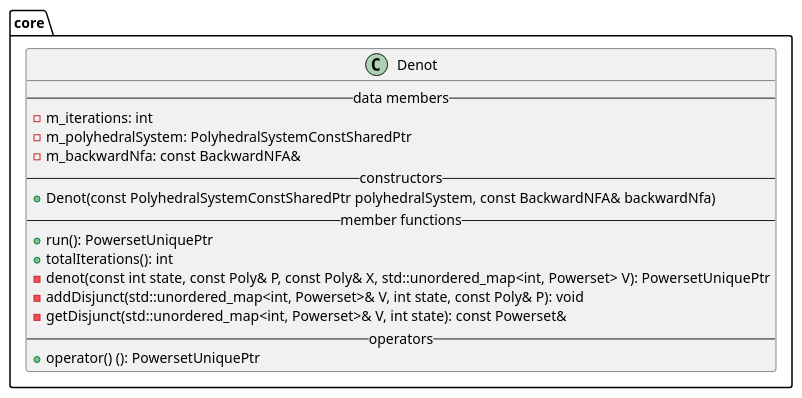
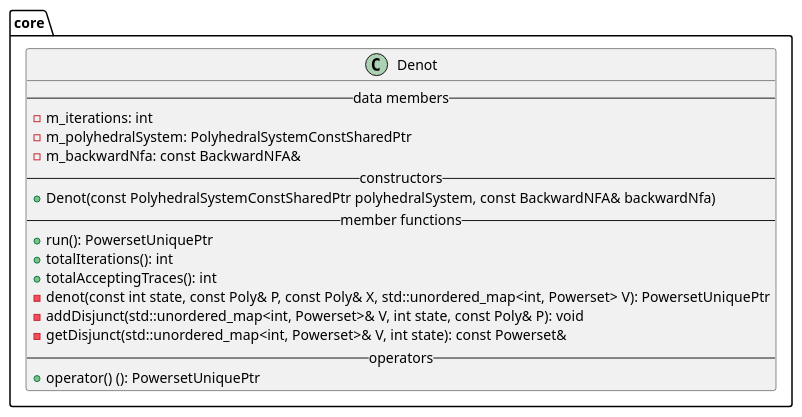
One commit to vtramo/rtl-mc changed the diagram in docs/plantuml/core.puml. Above: the diagram before and after it, drawn with PlantUML. The commit also changed 8 other files, not shown here.

Commit message:
feat: add total number of accepting traces (denot stat)

```diff
--- a/docs/plantuml/core.puml
+++ b/docs/plantuml/core.puml
@@ -1,20 +1,21 @@
 @startuml
 package core {
     class Denot {
         --data members--
         -m_iterations: int
         -m_polyhedralSystem: PolyhedralSystemConstSharedPtr
         -m_backwardNfa: const BackwardNFA&
         --constructors--
         +Denot(const PolyhedralSystemConstSharedPtr polyhedralSystem, const BackwardNFA& backwardNfa)
         --member functions--
         +run(): PowersetUniquePtr
         +totalIterations(): int
+        +totalAcceptingTraces(): int
         -denot(const int state, const Poly& P, const Poly& X, std::unordered_map<int, Powerset> V): PowersetUniquePtr
         -addDisjunct(std::unordered_map<int, Powerset>& V, int state, const Poly& P): void
         -getDisjunct(std::unordered_map<int, Powerset>& V, int state): const Powerset&
         --operators--
         +operator() (): PowersetUniquePtr
     }
 }
 @enduml
```
